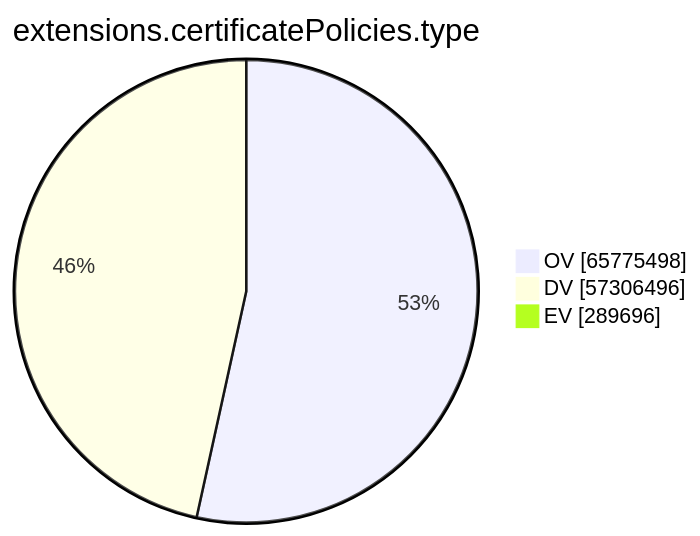
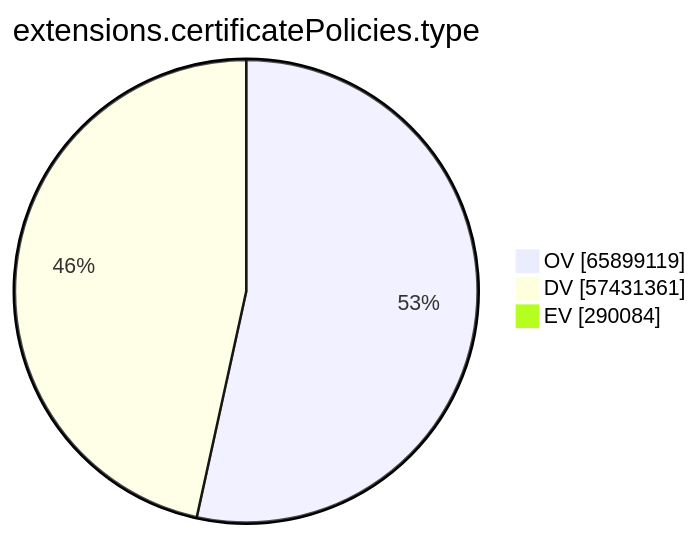
One commit to christiankrug/ctmonitor_visualization changed the ninth of 15 diagrams in xenon2023/README.md. Above: the diagram before and after it, drawn with Mermaid. The commit also changed other lines of this file, not shown here.

````diff
--- a/xenon2023/README.md
+++ b/xenon2023/README.md
@@ -2165,7 +2168,7 @@
 ```mermaid
 pie showData
 title extensions.certificatePolicies.type
-"OV" :65775498
-"DV" :57306496
-"EV" :289696
+"OV" :65899119
+"DV" :57431361
+"EV" :290084
 ```
````
